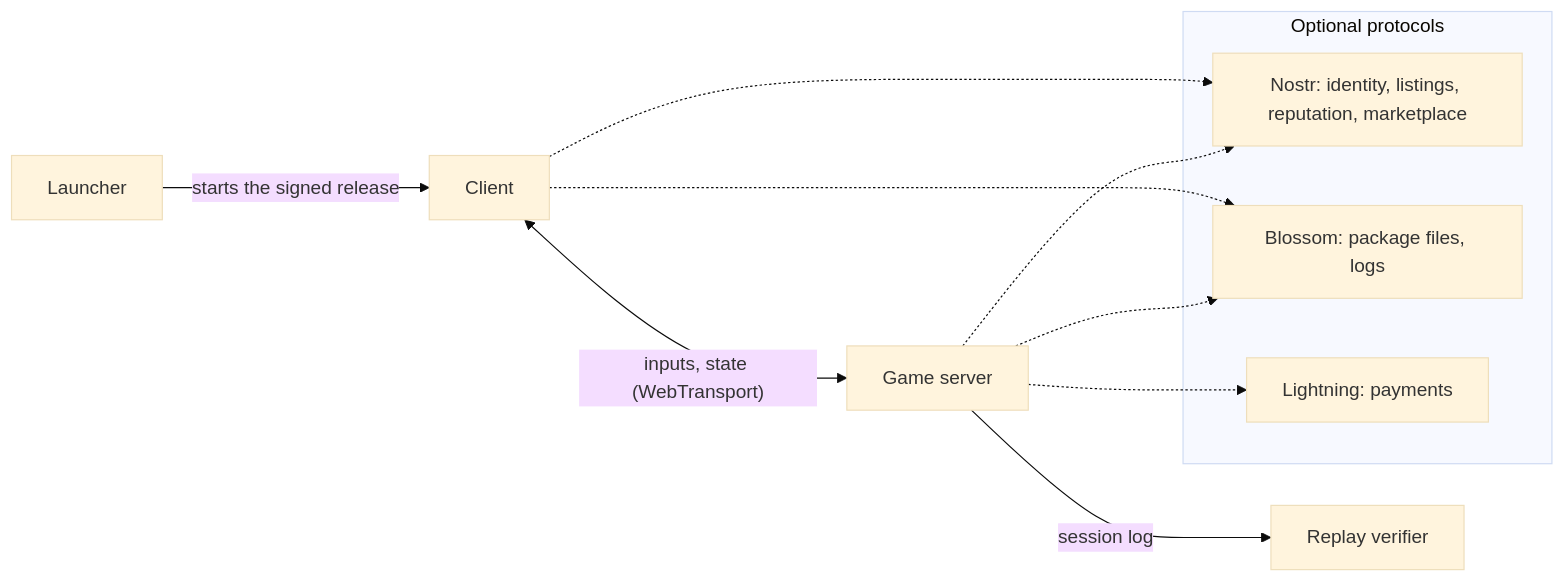
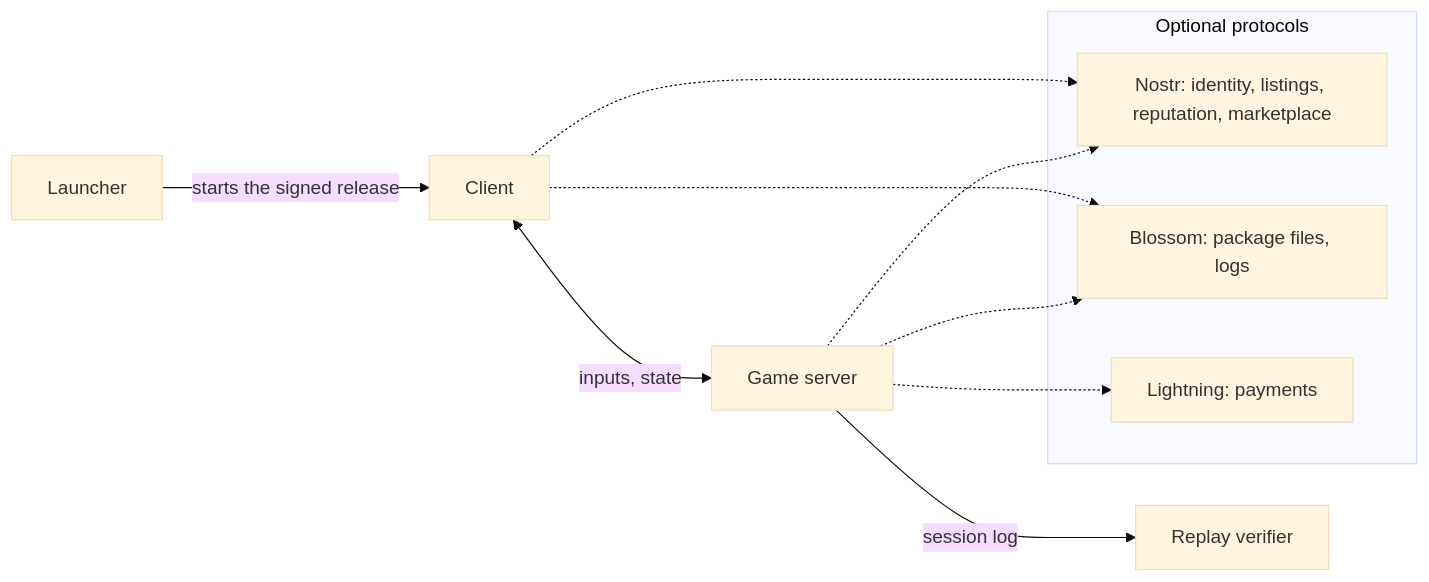
One commit to xorza/campfire changed the diagram in docs/design/01-campfire-design.md. Above: the diagram before and after it, drawn with Mermaid (base theme). The commit also changed other lines of this file and 34 other files, not shown here.

Commit message:
Add replication audiences, spectator visibility, and out-of-play design; remove roadmap; update many docs.

````diff
--- a/docs/design/01-campfire-design.md
+++ b/docs/design/01-campfire-design.md
@@ -47,16 +47,16 @@
 ```mermaid
 flowchart LR
     launcher["Launcher"] -->|starts the signed release| client["Client"]
-    client <-->|"inputs, state (WebTransport)"| server["Game server"]
+    client <-->|"inputs, state"| server["Game server"]
     server -->|session log| verifier["Replay verifier"]
     subgraph optional["Optional protocols"]
         nostr["Nostr: identity, listings, reputation, marketplace"]
         blossom["Blossom: package files, logs"]
         lightning["Lightning: payments"]
     end
     client -.-> nostr
     server -.-> nostr
     client -.-> blossom
     server -.-> blossom
     server -.-> lightning
 ```
````
